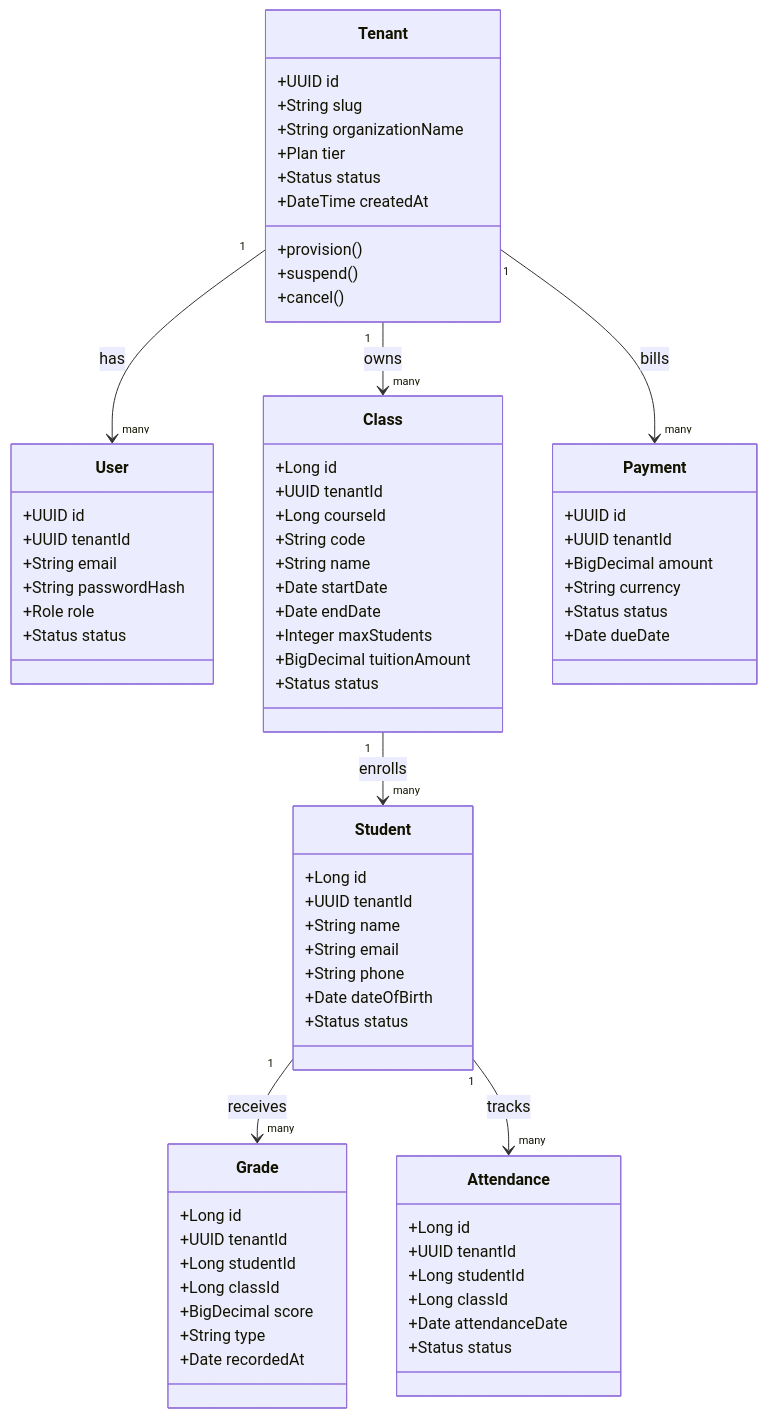
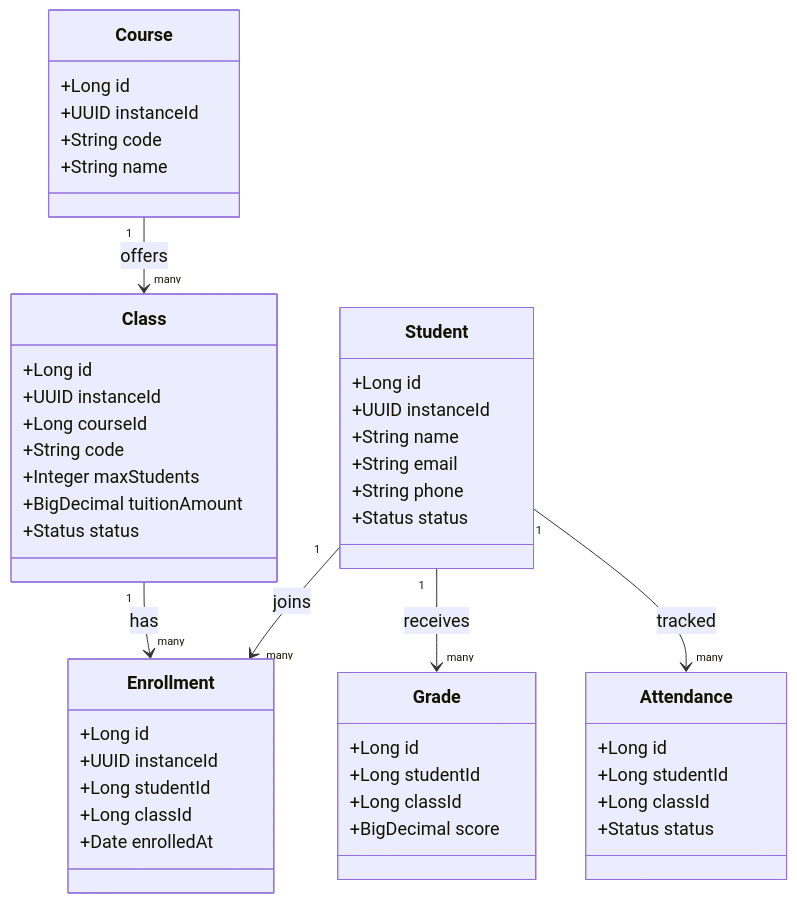
The ninth of 14 diagrams in documents/08-thesis/chapter-2-system-architecture.md (VictorAurelius/2026-Kite-Class-Platform), drawn with Mermaid before and after one commit. The commit also changed other lines of this file and 157 other files, not shown here.

````diff
--- a/documents/08-thesis/chapter-2-system-architecture.md
+++ b/documents/08-thesis/chapter-2-system-architecture.md
@@ -494,75 +614,51 @@
 ```mermaid
+%%{init: {"themeVariables": {"fontSize": "18px"}}}%%
 classDiagram
-    class Tenant {
-        +UUID id
-        +String slug
-        +String organizationName
-        +Plan tier
+    class Student {
+        +Long id
+        +UUID instanceId
+        +String name
+        +String email
+        +String phone
         +Status status
-        +DateTime createdAt
-        +provision()
-        +suspend()
-        +cancel()
     }
-    class User {
-        +UUID id
-        +UUID tenantId
-        +String email
-        +String passwordHash
-        +Role role
-        +Status status
+    class Course {
+        +Long id
+        +UUID instanceId
+        +String code
+        +String name
     }
     class Class {
         +Long id
-        +UUID tenantId
+        +UUID instanceId
         +Long courseId
         +String code
-        +String name
-        +Date startDate
-        +Date endDate
         +Integer maxStudents
         +BigDecimal tuitionAmount
         +Status status
     }
-    class Student {
+    class Enrollment {
         +Long id
-        +UUID tenantId
-        +String name
-        +String email
-        +String phone
-        +Date dateOfBirth
-        +Status status
+        +UUID instanceId
+        +Long studentId
+        +Long classId
+        +Date enrolledAt
     }
     class Grade {
         +Long id
-        +UUID tenantId
         +Long studentId
         +Long classId
         +BigDecimal score
-        +String type
-        +Date recordedAt
     }
     class Attendance {
         +Long id
-        +UUID tenantId
         +Long studentId
         +Long classId
-        +Date attendanceDate
         +Status status
     }
-    class Payment {
-        +UUID id
-        +UUID tenantId
-        +BigDecimal amount
-        +String currency
-        +Status status
-        +Date dueDate
-    }
-
-    Tenant "1" --> "many" User : has
-    Tenant "1" --> "many" Class : owns
-    Tenant "1" --> "many" Payment : bills
-    Class "1" --> "many" Student : enrolls
+    Course "1" --> "many" Class : offers
+    Class "1" --> "many" Enrollment : has
+    Student "1" --> "many" Enrollment : joins
     Student "1" --> "many" Grade : receives
-    Student "1" --> "many" Attendance : tracks
+    Student "1" --> "many" Attendance : tracked
 ```
````
